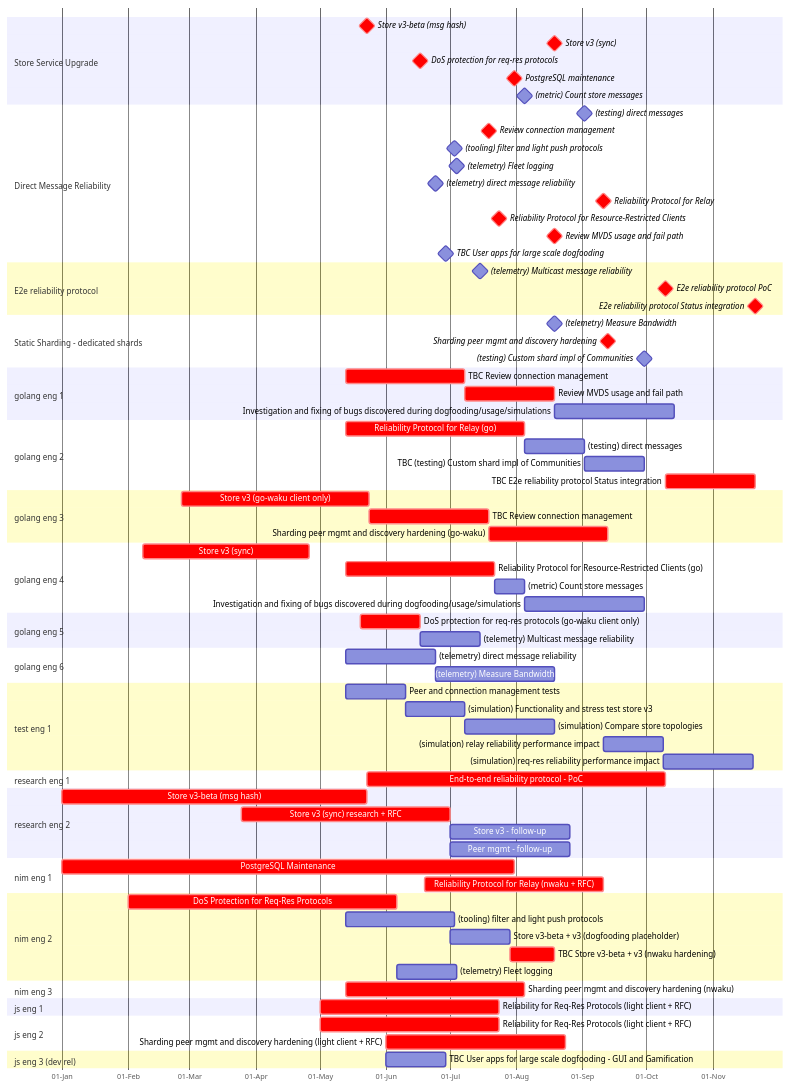
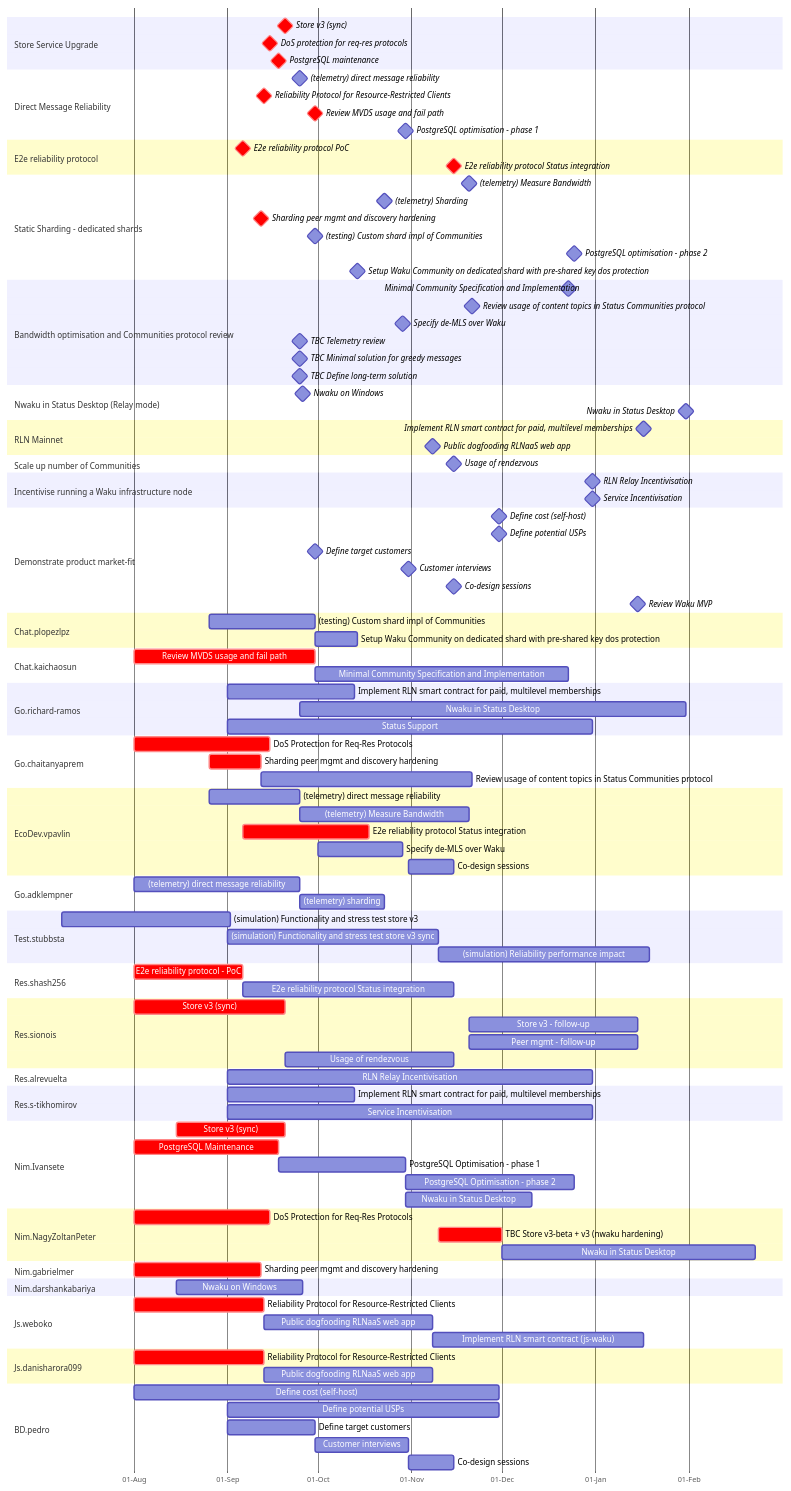
One commit to logos-co/roadmap changed the diagram in content/waku/2024-gantt.md. Above: the diagram before and after it, drawn with Mermaid. The commit also changed other lines of this file, not shown here.

Commit message:
Waku 2024 H2 Roadmap update (#117)

````diff
--- a/content/waku/2024-gantt.md
+++ b/content/waku/2024-gantt.md
@@ -22,94 +23,137 @@
     axisFormat %d-%b
     weekday monday
     
+%% Team legend:
+%% task name: team (accountable person)
+%% - r-*: research (jm-clius)
+%% - t-*: telemetry (fryorcraken)
+%% - n-*: nwaku (ivansete)
+%% - j-*: js-waku (weboko)
+%% - c-*: chat (plopezlpz)
+%% - g-*: go-waku (fryorcraken)
+%% - bd-*: BD (pedro)
+%% - se-*: Solution Engineer (vpavlin)
+    
 %% Milestones overview with deliverables
     section Store Service Upgrade
-        Store v3-beta (msg hash): crit, milestone, after storev3-br, 0
-        Store v3 (sync): crit, milestone, after storev3-r storev3-g storev3-n, 0
-        DoS protection for req-res protocols: crit, milestone, after dosreqresn dosreqresj dosreqresg, 0
-        PostgreSQL maintenance: crit, milestone, after pgsql, 0
-        (metric) Count store messages: milestone, after count-store-msg, 0
+        Store v3 (sync): crit, milestone, after r-storev3sync n-storev3sync, 0
+        DoS protection for req-res protocols: crit, milestone, after n-dosreqres g-dosreqres, 0
+        PostgreSQL maintenance: crit, milestone, after n-pgsql-m, 0
     section Direct Message Reliability
-        (testing) direct messages: milestone, after test-direct-msg, 0
-        Review connection management: crit, milestone, after review-conn-mgmt-1 review-conn-mgmt-2, 0
-        (tooling) filter and light push protocols: milestone, after lite-proto-tester, 0
-        (telemetry) Fleet logging: milestone, after telem-fleet-logging, 0
-        (telemetry) direct message reliability: milestone, after telem-d-msg-rel, 0
-        Reliability Protocol for Relay: crit, milestone, after rel-relay-g rel-relay-n, 0
-        Reliability Protocol for Resource-Restricted Clients: crit, milestone, after rel-reqres-g rel-reqres-j, 0
-        Review MVDS usage and fail path: crit, milestone, after mvds, 0
-        TBC User apps for large scale dogfooding: milestone, after user-app-gui, 0 
+        (telemetry) direct message reliability: milestone, after t-d-msg-rel-1 t-d-msg-rel-2, 0
+        Reliability Protocol for Resource-Restricted Clients: crit, milestone, after j-rel-reqres-1 j-rel-reqres-2, 0
+        Review MVDS usage and fail path: crit, milestone, after c-mvds, 0
+        PostgreSQL optimisation - phase 1: milestone, after n-pgsql-opt-1, 0
     section E2e reliability protocol
-        (telemetry) Multicast message reliability: milestone, after telem-m-msg-rel, 0
-        E2e reliability protocol PoC: milestone, crit, after e2e-rel-r, 0
-        E2e reliability protocol Status integration: milestone, crit, after e2e-rel-g, 0
+        E2e reliability protocol PoC: milestone, crit, after r-e2e-rel, 0
+        E2e reliability protocol Status integration: milestone, crit, after r-e2e-rel-status c-e2e-rel-status, 0
     section Static Sharding - dedicated shards
-        (telemetry) Measure Bandwidth: milestone, after telem-bandwidth, 0
-        Sharding peer mgmt and discovery hardening: crit, milestone, after sh-peer-mgmt-j sh-peer-mgmt-n sh-peer-mgmt-g, 0
-        (testing) Custom shard impl of Communities: milestone, after test-custom-shard, 0
+        (telemetry) Measure Bandwidth: milestone, after t-bandwidth, 0
+        (telemetry) Sharding: milestone, after t-sharding, 0
+        Sharding peer mgmt and discovery hardening: crit, milestone, after n-shard-peer-mgmt g-shard-peer-mgmt, 0
+        (testing) Custom shard impl of Communities: milestone, after c-test-custom-shard, 0
+        PostgreSQL optimisation - phase 2: milestone, after n-pgsql-opt-2, 0
+        Setup Waku Community on dedicated shard with pre-shared key dos protection: milestone, after waku-com, 0
+    section Bandwidth optimisation and Communities protocol review
+        %% For now same person scheduled to do both research and implementation
+        Minimal Community Specification and Implementation: milestone, after r-min-com-spec c-min-com-spec, 0
+        Review usage of content topics in Status Communities protocol: milestone, after r-cont-topic, 0
+        Specify de-MLS over Waku: milestone, after r-demls-spec, 0
+        %% TODO: schedule
+        TBC Telemetry review: milestone, after r-telem-review, 0
+        TBC Minimal solution for greedy messages: milestone, after r-min-sol-com, 0
+        TBC Define long-term solution: milestone, after r-define-com-sol, 0
+    section Nwaku in Status Desktop (Relay mode)
+        Nwaku on Windows: milestone, after n-nwaku-windows, 0
+        Nwaku in Status Desktop: milestone, after n-nwaku-status-desktop, 0
+    section RLN Mainnet
+        Implement RLN smart contract for paid, multilevel memberships: milestone, after r-rln-sc n-rln-sc j-rln-sc, 0
+        Public dogfooding RLNaaS web app: milestone, after j-pub-dogfood-web-app-1 j-pub-dogfood-web-app-2, 0
+    section Scale up number of Communities
+        Usage of rendezvous: milestone, after r-rendezvous, 0
+    section Incentivise running a Waku infrastructure node
+        RLN Relay Incentivisation: milestone, after r-rln-relay-incent, 0
+        Service Incentivisation: milestone, after r-svc-incent, 0
+    section Demonstrate product market-fit
+        Define cost (self-host): milestone, after bd-define-cost, 0
+        Define potential USPs: milestone, after bd-define-usps, 0
+        Define target customers: milestone, after bd-define-custs, 0
+        Customer interviews: milestone, after cust-int, 0
+        Co-design sessions: milestone, after bd-codesign se-codesign, 0
+        Review Waku MVP: milestone, 2025-01-15, 0
 
 %% Tasks
-    section golang eng 1
-        %% Estimation TBC - Prem says fine, waiting on 2nd opinion
-        TBC Review connection management: crit, review-conn-mgmt-1, 2024-05-13, 8w
-        Review MVDS usage and fail path: crit, mvds, after review-conn-mgmt-1, 6w
-        Investigation and fixing of bugs discovered during dogfooding/usage/simulations: go-bugs-1, after mvds, 8w
-    section golang eng 2
-        Reliability Protocol for Relay (go): crit, rel-relay-g, 2024-05-13, 12w
-        (testing) direct messages: test-direct-msg, after rel-relay-g, 4w
-        TBC (testing) Custom shard impl of Communities: test-custom-shard, after test-direct-msg, 4w
-        %% TBC estimate
-        TBC E2e reliability protocol Status integration: crit, e2e-rel-g, after e2e-rel-r, 6w
-    section golang eng 3
-        Store v3 (go-waku client only): crit, storev3-g, 2024-02-26, 2024-05-24
-        %% Estimate TBC - assuming parallel work possible
-        TBC Review connection management: crit, review-conn-mgmt-2, after storev3-g, 8w
-        Sharding peer mgmt and discovery hardening (go-waku): crit, sh-peer-mgmt-g, after review-conn-mgmt-2, 8w
-    section golang eng 4
-        Store v3 (sync): crit, 2024-02-08, 2024-04-26
-        Reliability Protocol for Resource-Restricted Clients (go): crit, rel-reqres-g, 2024-05-13, 10w
-        (metric) Count store messages: count-store-msg, after rel-reqres-g, 2w
-        Investigation and fixing of bugs discovered during dogfooding/usage/simulations: go-bugs-2, after count-store-msg, 8w
-    section golang eng 5
-        DoS protection for req-res protocols (go-waku client only): crit, dosreqresg, 2024-05-20, 4w
-        (telemetry) Multicast message reliability: telem-m-msg-rel, after dosreqresg, 4w
-    section golang eng 6
-        (telemetry) direct message reliability: telem-d-msg-rel, 2024-05-13, 6w
-        (telemetry) Measure Bandwidth: telem-bandwidth, after telem-d-msg-rel, 8w
-    section test eng 1
-        Peer and connection management tests: sim-conn-mgmt, 2024-05-13, 4w
-        (simulation) Functionality and stress test store v3: sim-storev3, after sim-conn-mgmt, 4w
-        %% This is Store Service Upgrade - item (2) in DST simulation - start with small scale to get faster results
-        (simulation) Compare store topologies: sim-store-cmp, after sim-storev3, 6w
-        (simulation) relay reliability performance impact: sim-relay-rel, after sim-store-cmp sim-req-res rel-relay-g rel-relay-n, 4w
-        (simulation) req-res reliability performance impact: sim-reqres-rel, after sim-relay-rel rel-reqres-g, 6w
-    section research eng 1
-        End-to-end reliability protocol - PoC: crit, e2e-rel-r, 2024-05-23, 20w
-    section research eng 2
+    section Chat.plopezlpz
+        (testing) Custom shard impl of Communities: c-test-custom-shard, 2024-08-26, 2024-09-30
+        Setup Waku Community on dedicated shard with pre-shared key dos protection: waku-com, after c-test-custom-shard, 2w
+    section Chat.kaichaosun
+        Review MVDS usage and fail path: crit, c-mvds, 2024-08-01, 2024-09-30
+        Minimal Community Specification and Implementation: c-min-com-spec, after c-mvds, 12w
+    section Go.richard-ramos
+        Implement RLN smart contract for paid, multilevel memberships: r-rln-sc, 2024-09-01, 6w
+        Nwaku in Status Desktop: n-nwaku-status-desktop, after n-rln-sc, 2025-01-31
+        Status Support: status-support-rr, 2024-09-01, 2024-12-31
+    section Go.chaitanyaprem
+        DoS Protection for Req-Res Protocols: crit, g-dosreqres, 2024-08-01, 2024-09-15
+        Sharding peer mgmt and discovery hardening: crit, g-shard-peer-mgmt, 2024-08-26, 2024-09-12
+        Review usage of content topics in Status Communities protocol: r-cont-topic, after g-shard-peer-mgmt, 10w
+    section EcoDev.vpavlin
+        (telemetry) direct message reliability: t-d-msg-rel-1, 2024-08-26, 2024-09-25
+        (telemetry) Measure Bandwidth: t-bandwidth, after t-d-msg-rel-1, 8w
+        %% TODO: do bandwidth telemetry?
+        E2e reliability protocol Status integration: crit, c-e2e-rel-status, after r-e2e-rel, 6w
+        %% TODO: fit that properly
+        Specify de-MLS over Waku: r-demls-spec, 2024-10-01, 4w
+        Co-design sessions: bd-codesign, after cust-int, 2024-11-15
+    section Go.adklempner
+        (telemetry) direct message reliability: t-d-msg-rel-2, 2024-08-01, 2024-09-25
+        (telemetry) sharding: t-sharding, after t-d-msg-rel-2, 4w
+    section Test.stubbsta
+        (simulation) Functionality and stress test store v3: sim-storev3, 2024-07-08, 8w
+        (simulation) Functionality and stress test store v3 sync: sim-storesync, 2024-09-01, 10w
+        (simulation) Reliability performance impact: sim-rel, after sim-storesync, 10w
+    section Res.shash256
+        E2e reliability protocol - PoC: crit, r-e2e-rel, 2024-08-01, 2024-09-06
+        E2e reliability protocol Status integration: r-e2e-rel-status, after r-e2e-rel, 10w 
+    section Res.sionois
         %% Only dogfooding remaining
-        Store v3-beta (msg hash): crit, storev3-br, 2024-01-01, 2024-05-23
-        Store v3 (sync) research + RFC: crit, storev3-r, 2024-03-25, 14w
+        Store v3 (sync): crit, r-storev3sync, 2024-08-01, 2024-09-20
         Store v3 - follow-up: after storev3-r, 8w
         Peer mgmt - follow-up: after storev3-r, 8w
-    section nim eng 1
-        PostgreSQL Maintenance: crit, pgsql, 2024-01-01, 2024-07-31
-        Reliability Protocol for Relay (nwaku + RFC): crit, rel-relay-n, 2024-06-19, 12w
-    section nim eng 2
-        DoS Protection for Req-Res Protocols: crit, dosreqresn, 2024-02-01, 18w
-        (tooling) filter and light push protocols: lite-proto-tester, 2024-05-13, 2024-07-03
-        Store v3-beta + v3 (dogfooding placeholder):  storev3-df, after storev3-br storev3-r, 4w
-        %% More hardening expected to deprecate or separate store v2 from v3 driver
+        Usage of rendezvous: r-rendezvous, after r-storev3sync, 8w
+    section Res.alrevuelta
+        RLN Relay Incentivisation: r-rln-relay-incent, 2024-09-01, 2024-12-31
+    section Res.s-tikhomirov
+        Implement RLN smart contract for paid, multilevel memberships: rln-sc-d, 2024-09-01, 6w
+        Service Incentivisation: r-svc-incent, 2024-09-01, 2024-12-31
+    section Nim.Ivansete
+        Store v3 (sync): crit, n-storev3sync, 2024-08-15, 2024-09-20
+        PostgreSQL Maintenance: crit, n-pgsql-m, 2024-08-01, 2024-09-18
+        %% TODO review date/estimate
+        PostgreSQL Optimisation - phase 1: n-pgsql-opt-1, after n-pgsql-m, 6w
+        PostgreSQL Optimisation - phase 2: n-pgsql-opt-2, after n-pgsql-opt-1, 8w
+        Nwaku in Status Desktop: n-nwaku-status-desktop-2, after n-pgsql-opt-1, 6w
+    section Nim.NagyZoltanPeter
+        DoS Protection for Req-Res Protocols: crit, n-dosreqres, 2024-08-01, 2024-09-15
+        %% TODO review
         TBC Store v3-beta + v3 (nwaku hardening): crit, storev3-n, after storev3-df dosreqresn, 3w
-        (telemetry) Fleet logging: telem-fleet-logging, after dosreqresn, 4w
-    section nim eng 3
-        Sharding peer mgmt and discovery hardening (nwaku): crit, sh-peer-mgmt-n, 2024-05-13, 12w
-    section js eng 1
-        Reliability for Req-Res Protocols (light client + RFC): crit, rel-reqres-j, 2024-05-01, 12w
-    section js eng 2
-        %% Buidling idle apps and integrating in telemetry service to learn
-        Reliability for Req-Res Protocols (light client + RFC): crit, rel-reqres-j, 2024-05-01, 12w
-        Sharding peer mgmt and discovery hardening (light client + RFC): crit, sh-peer-mgmt-j, 2024-06-01, 12w
-    section js eng 3 (dev rel)
-        %% TBC timing and estimate
-        TBC User apps for large scale dogfooding - GUI and Gamification: user-app-gui, 2024-06-01, 4w
+        Nwaku in Status Desktop: n-nwaku-status-desktop-n, after storev3-n, 12w
+    section Nim.gabrielmer
+        Sharding peer mgmt and discovery hardening: crit, n-shard-peer-mgmt, 2024-08-01, 2024-09-12
+    section Nim.darshankabariya
+        %% TODO: review estimate
+        Nwaku on Windows: n-nwaku-windows, 2024-08-15, 6w
+    section Js.weboko
+        Reliability Protocol for Resource-Restricted Clients: crit, j-rel-reqres-1, 2024-08-01, 2024-09-13
+        Public dogfooding RLNaaS web app: j-pub-dogfood-web-app-1, after j-rel-reqres-1, 8w
+        Implement RLN smart contract (js-waku): j-rln-sc, after j-pub-dogfood-web-app-1, 10w
+    section Js.danisharora099
+        Reliability Protocol for Resource-Restricted Clients: crit, j-rel-reqres-2, 2024-08-01, 2024-09-13
+        Public dogfooding RLNaaS web app: j-pub-dogfood-web-app-2, after j-rel-reqres-2, 8w
+    section BD.pedro
+        Define cost (self-host): bd-define-cost, 2024-08-01, 2024-11-30
+        Define potential USPs: bd-define-usps, 2024-09-01, 2024-11-30
+        Define target customers: bd-define-custs, 2024-09-01, 2024-09-30
+        Customer interviews: cust-int, after bd-define-custs, 2024-10-31
+        Co-design sessions: bd-codesign, after cust-int, 2024-11-15
 ```
````
